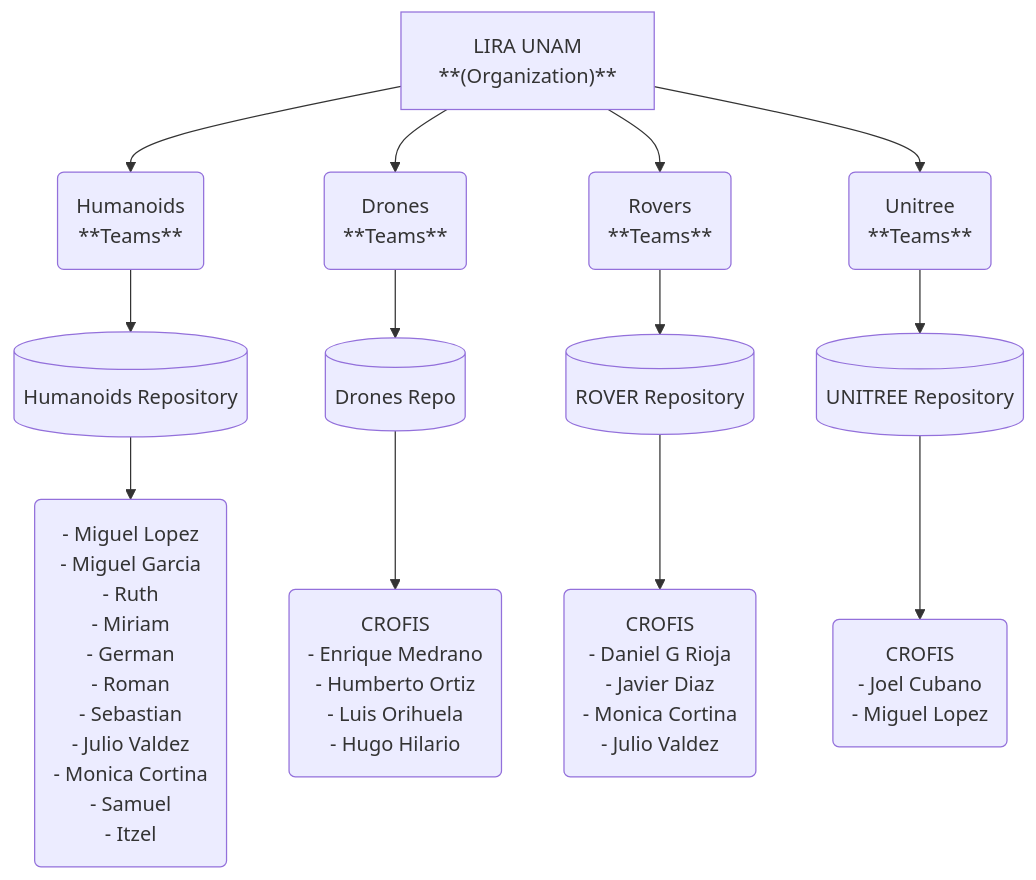
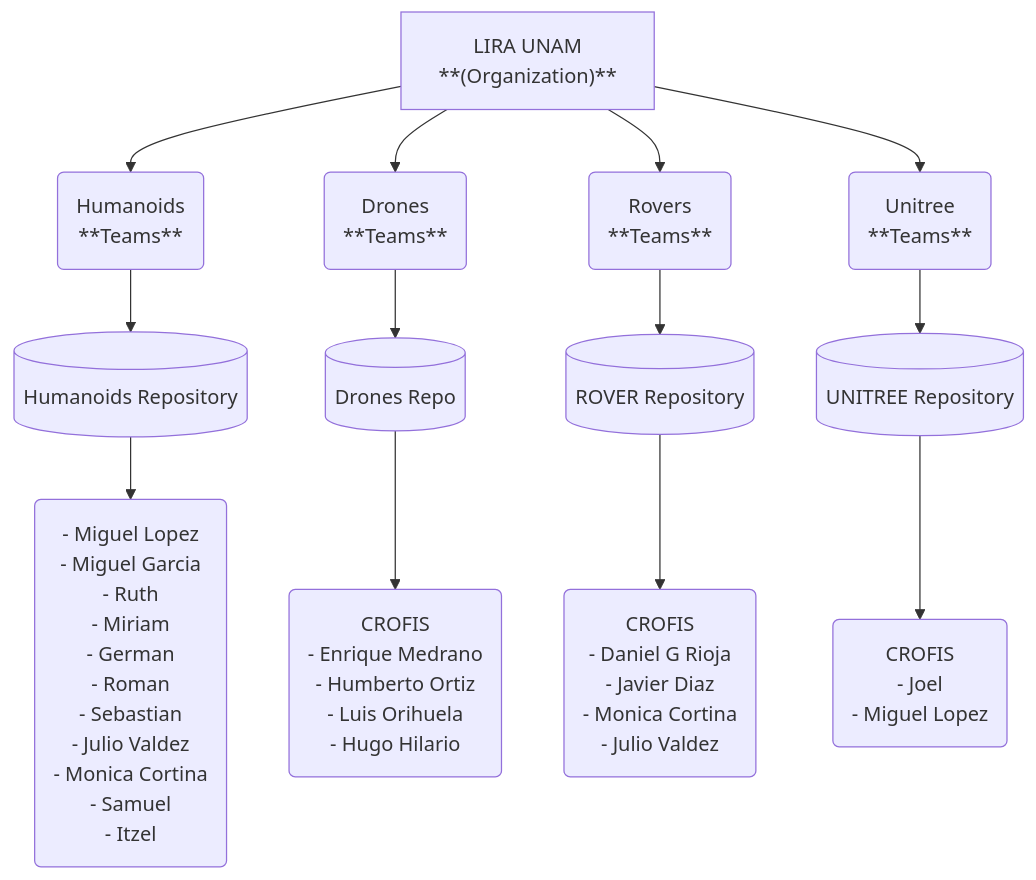
Before and after one commit to LIRA-UNAM/.github: the diagram in profile/README.md, drawn with Mermaid. The commit also changed other lines of this file, not shown here.

````diff
--- a/profile/README.md
+++ b/profile/README.md
@@ -13,49 +3,49 @@
 ```mermaid
 ---
 config:
   flowchart:
     htmlLabels: false
 ---
 flowchart TD
     A["LIRA UNAM
     **(Organization)**"]
     A-->B("Humanoids
     **Teams**")
     A-->C("Drones
     **Teams**")
     A-->D("Rovers
     **Teams**")
     A-->E("Unitree
     **Teams**")
     B-->J[(Humanoids Repository)]-->F("
     - Miguel Lopez
     - Miguel Garcia
     - Ruth
     - Miriam
     - German
     - Roman
     - Sebastian
     - Julio Valdez
     - Monica Cortina
     - Samuel
     - Itzel")
     C-->K[(Drones Repo)]-->G("
     CROFIS
     - Enrique Medrano
     - Humberto Ortiz
     - Luis Orihuela
     - Hugo Hilario
     ")
     D-->L[(ROVER Repository)]-->H("
     CROFIS
     - Daniel G Rioja
     - Javier Diaz
     - Monica Cortina
     - Julio Valdez
     ")
     E-->M[(UNITREE Repository)]-->I("
     CROFIS
-    - Joel Cubano
+    - Joel
     - Miguel Lopez
     ")
 ```
````
